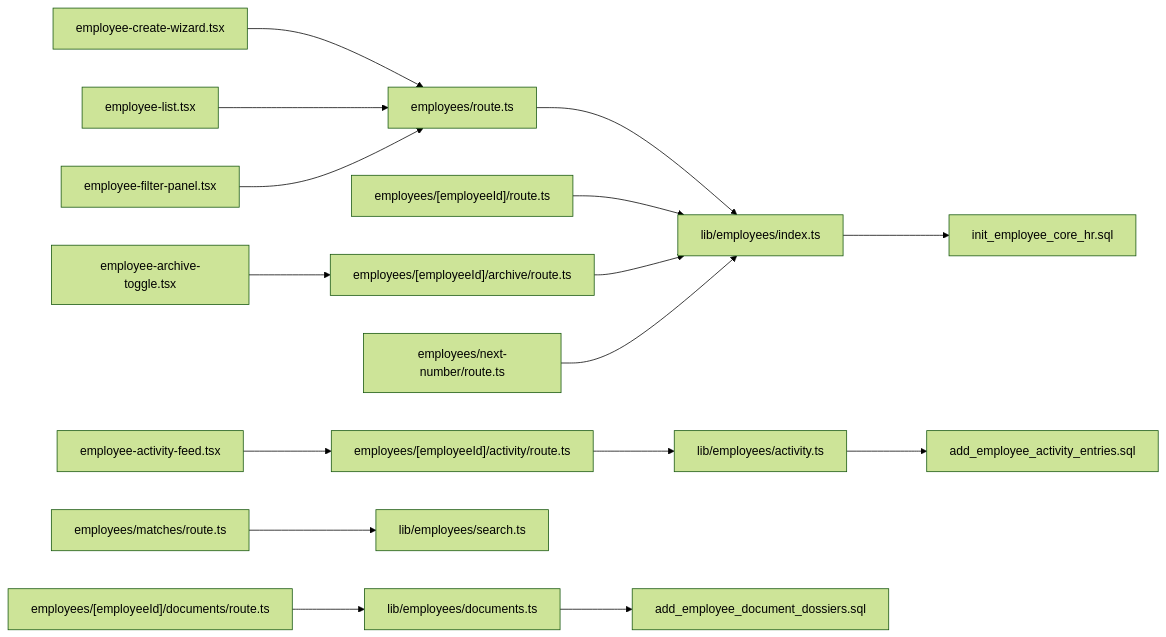
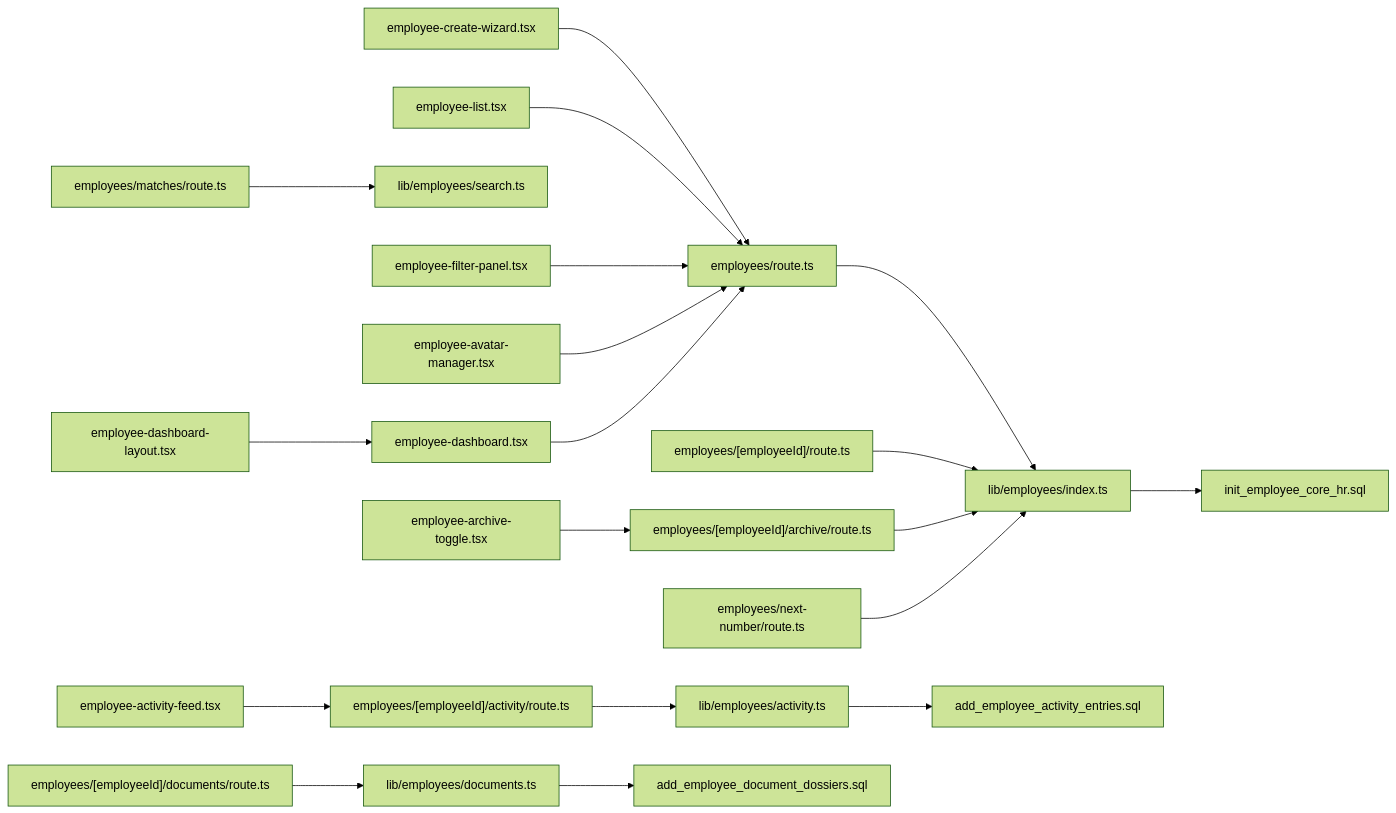
One commit to EdwinCycling/LiquidHR changed the seventh of 7 diagrams in .qoder/repowiki/en/content/Architecture Overview/Backend Architecture/Business Logic Layer/Core HR Business Logic/Employee Management Services.md. Above: the diagram before and after it, drawn with Mermaid (forest theme). The commit also changed other lines of this file and 73 other files, not shown here.

````diff
--- a/.qoder/repowiki/en/content/Architecture Overview/Backend Architecture/Business Logic Layer/Core HR Business Logic/Employee Management Services.md
+++ b/.qoder/repowiki/en/content/Architecture Overview/Backend Architecture/Business Logic Layer/Core HR Business Logic/Employee Management Services.md
@@ -373,18 +536,21 @@
 ```mermaid
 graph LR
 API_Employees["employees/route.ts"] --> Biz_Index["lib/employees/index.ts"]
 API_EmployeeId["employees/[employeeId]/route.ts"] --> Biz_Index
 API_Archive["employees/[employeeId]/archive/route.ts"] --> Biz_Index
 API_Documents["employees/[employeeId]/documents/route.ts"] --> Biz_Documents["lib/employees/documents.ts"]
 API_Activity["employees/[employeeId]/activity/route.ts"] --> Biz_Activity["lib/employees/activity.ts"]
 API_Matches["employees/matches/route.ts"] --> Biz_Search["lib/employees/search.ts"]
 API_NextNumber["employees/next-number/route.ts"] --> Biz_Index
 UI_Create["employee-create-wizard.tsx"] --> API_Employees
 UI_List["employee-list.tsx"] --> API_Employees
 UI_Filter["employee-filter-panel.tsx"] --> API_Employees
 UI_Archive["employee-archive-toggle.tsx"] --> API_Archive
 UI_Activity["employee-activity-feed.tsx"] --> API_Activity
+UI_Avatar["employee-avatar-manager.tsx"] --> API_Employees
+UI_Dashboard["employee-dashboard.tsx"] --> API_Employees
+UI_DashboardLayout["employee-dashboard-layout.tsx"] --> UI_Dashboard
 Biz_Index --> DB_Core["init_employee_core_hr.sql"]
 Biz_Documents --> DB_Docs["add_employee_document_dossiers.sql"]
 Biz_Activity --> DB_Activity["add_employee_activity_entries.sql"]
 ```
````
